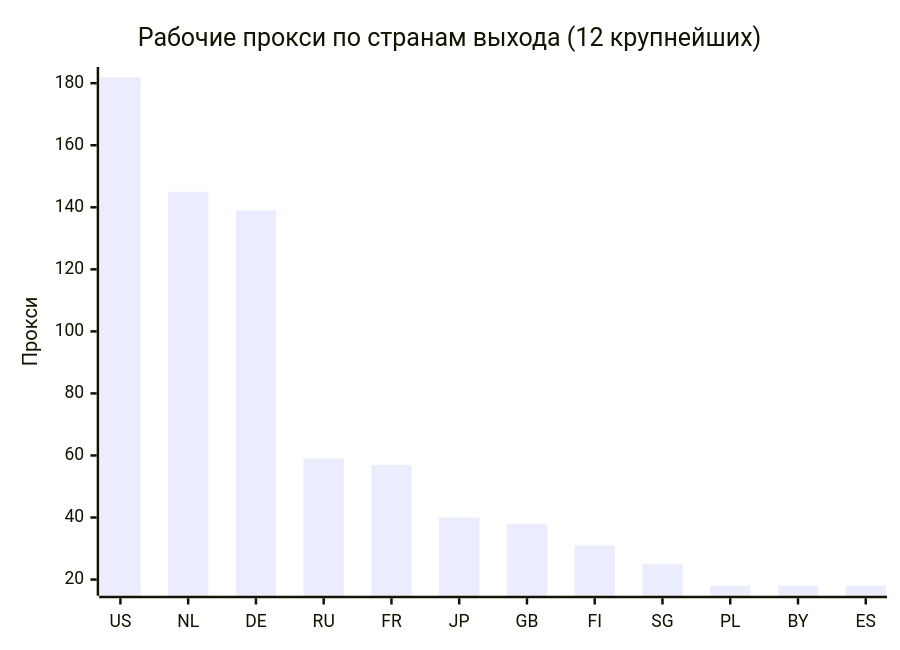
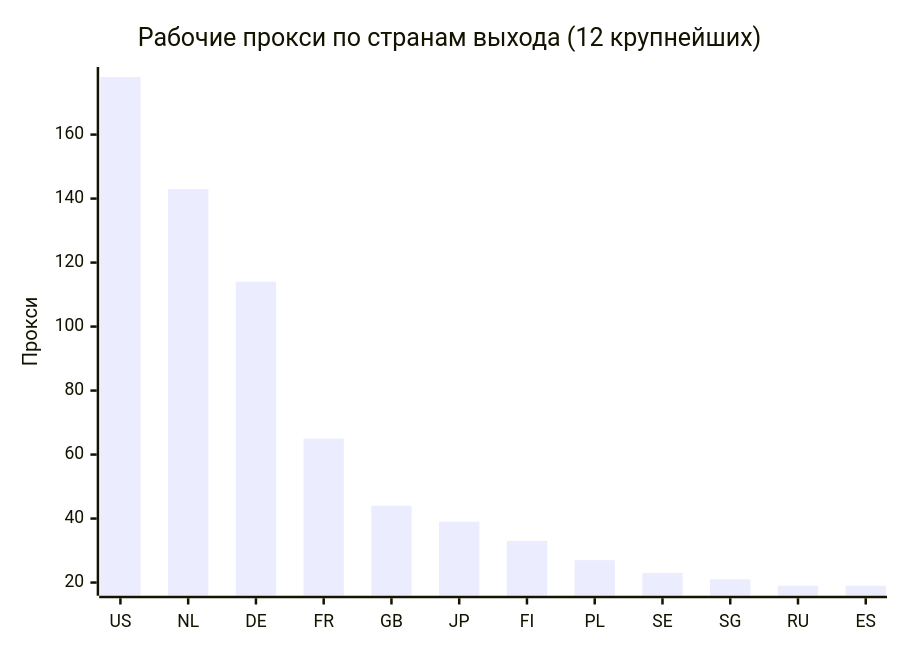
One commit to rvvg/proxy-subs changed the second of 4 diagrams in README.md. Above: the diagram before and after it, drawn with Mermaid. The commit also changed other lines of this file and 50 other files, not shown here.

````diff
--- a/README.md
+++ b/README.md
@@ -127,7 +133,7 @@
 ```mermaid
 xychart-beta
     title "Рабочие прокси по странам выхода (12 крупнейших)"
-    x-axis ["US", "NL", "DE", "RU", "FR", "JP", "GB", "FI", "SG", "PL", "BY", "ES"]
+    x-axis ["US", "NL", "DE", "FR", "GB", "JP", "FI", "PL", "SE", "SG", "RU", "ES"]
     y-axis "Прокси"
-    bar [182, 145, 139, 59, 57, 40, 38, 31, 25, 18, 18, 18]
+    bar [178, 143, 114, 65, 44, 39, 33, 27, 23, 21, 19, 19]
 ```
````
